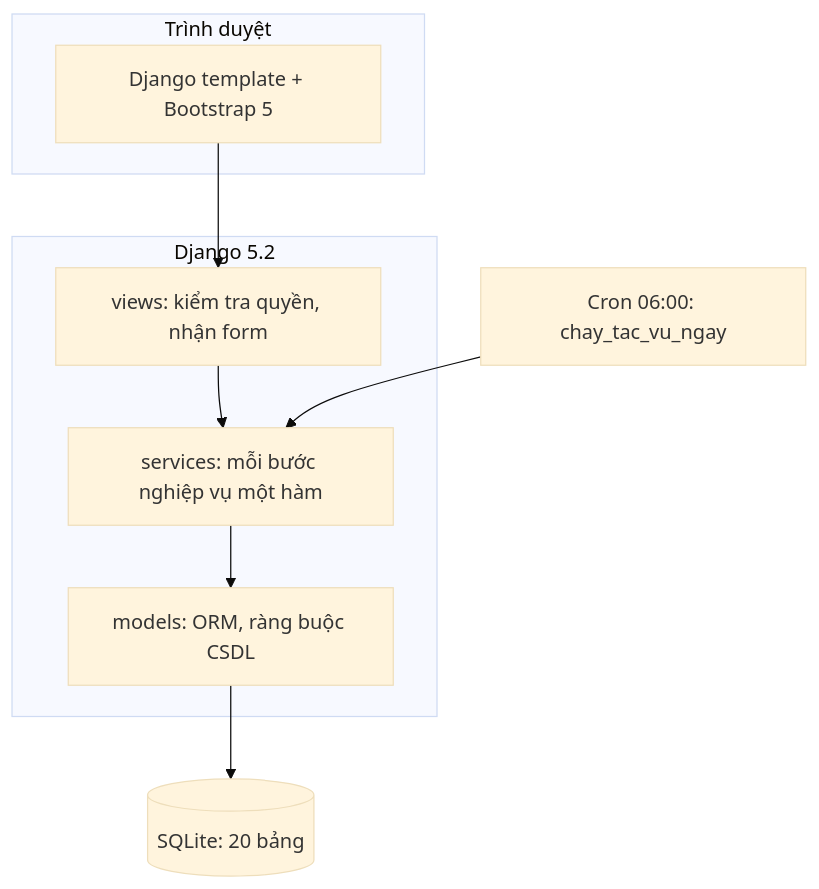
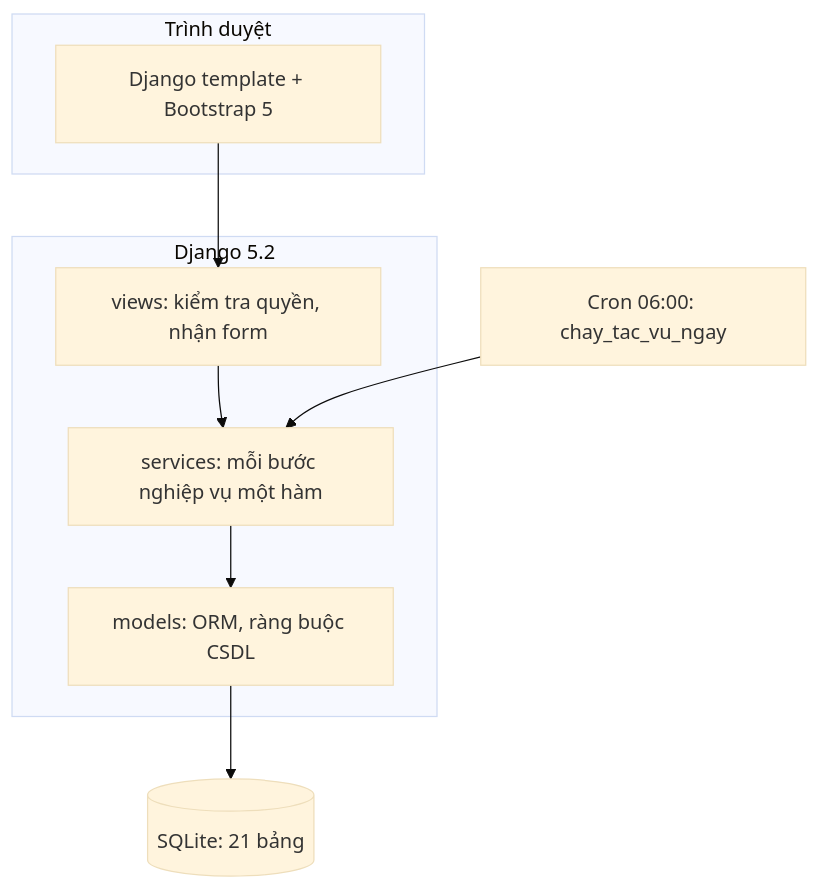
The first of 2 diagrams in README.md (quechau13082006-byte/ICLS-HRM), drawn with Mermaid (base theme) before and after one commit. The commit also changed other lines of this file and 54 other files, not shown here.

````diff
--- a/README.md
+++ b/README.md
@@ -39,15 +39,15 @@
 ```mermaid
 flowchart TB
     subgraph Client["Trình duyệt"]
         UI["Django template + Bootstrap 5"]
     end
     subgraph Django["Django 5.2"]
         V["views: kiểm tra quyền, nhận form"]
         S["services: mỗi bước nghiệp vụ một hàm"]
         M["models: ORM, ràng buộc CSDL"]
     end
-    DB[("SQLite: 20 bảng")]
+    DB[("SQLite: 21 bảng")]
     CRON["Cron 06:00: chay_tac_vu_ngay"]
     UI --> V --> S --> M --> DB
     CRON --> S
 ```
````
